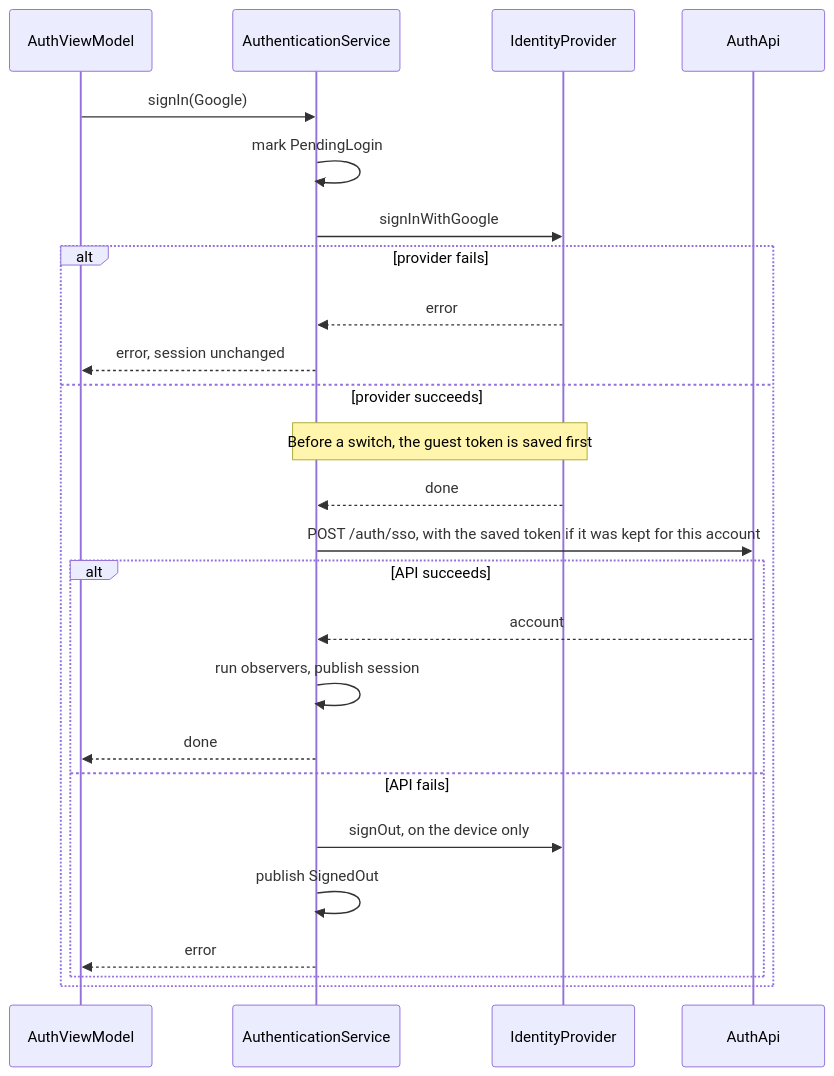
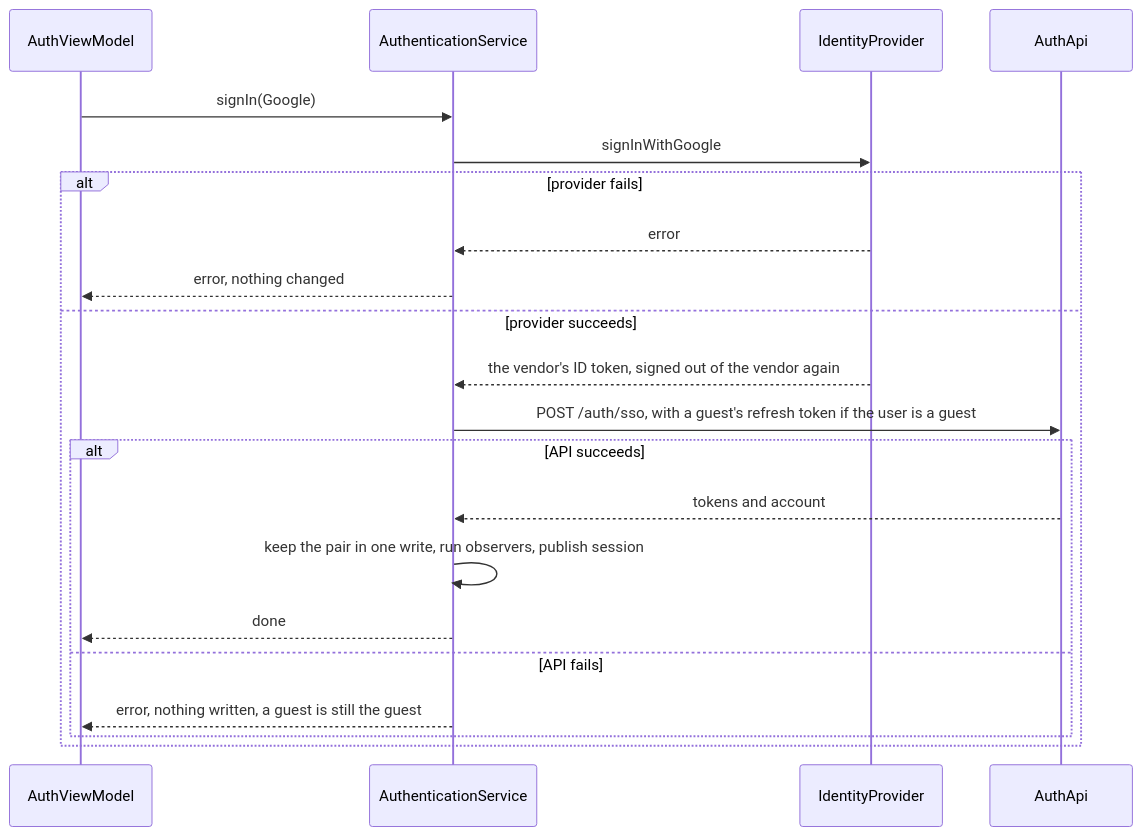
The fourth of 5 diagrams in android/docs/system-architecture.md (dthuy62/jobflow), drawn with Mermaid before and after one commit. The commit also changed other lines of this file and 40 other files, not shown here.

First line of the commit message:
refactor(android): keep only the backend's session, with Firebase as sign-in only

````diff
--- a/android/docs/system-architecture.md
+++ b/android/docs/system-architecture.md
@@ -110,27 +114,23 @@
 ```mermaid
 sequenceDiagram
     participant VM as AuthViewModel
     participant S as AuthenticationService
     participant I as IdentityProvider
     participant A as AuthApi
     VM->>S: signIn(Google)
-    S->>S: mark PendingLogin
     S->>I: signInWithGoogle
     alt provider fails
         I-->>S: error
-        S-->>VM: error, session unchanged
+        S-->>VM: error, nothing changed
     else provider succeeds
-        Note over S,I: Before a switch, the guest token is saved first
-        I-->>S: done
-        S->>A: POST /auth/sso, with the saved token if it was kept for this account
+        I-->>S: the vendor's ID token, signed out of the vendor again
+        S->>A: POST /auth/sso, with a guest's refresh token if the user is a guest
         alt API succeeds
-            A-->>S: account
-            S->>S: run observers, publish session
+            A-->>S: tokens and account
+            S->>S: keep the pair in one write, run observers, publish session
             S-->>VM: done
         else API fails
-            S->>I: signOut, on the device only
-            S->>S: publish SignedOut
-            S-->>VM: error
+            S-->>VM: error, nothing written, a guest is still the guest
         end
     end
 ```
````
